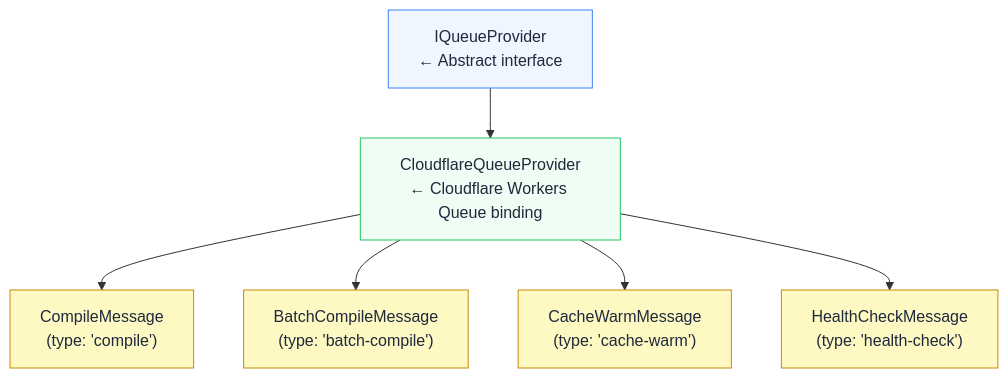
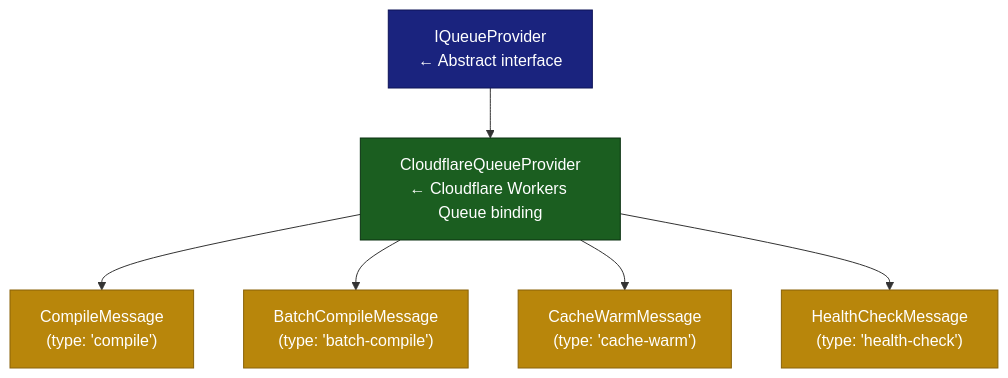
Before and after one commit to jaypatrick/adblock-compiler: the ninth of 19 diagrams in docs/development/ARCHITECTURE.md, drawn with Mermaid. The commit also changed other lines of this file and 6 other files, not shown here.

First line of the commit message:
fix: Mermaid diagram errors, dark theme compatibility, and mdhelp scroll reset (#1540)

````diff
--- a/docs/development/ARCHITECTURE.md
+++ b/docs/development/ARCHITECTURE.md
@@ -378,13 +378,13 @@
 ```mermaid
 flowchart TD
-    classDef interface fill:#eff6ff,stroke:#3b82f6,color:#1e293b
-    classDef provider fill:#f0fdf4,stroke:#22c55e,color:#1e293b
-    classDef message fill:#fef9c3,stroke:#ca8a04,color:#1e293b
+    classDef interface fill:#1a237e,stroke:#0d1257,color:#fff
+    classDef provider fill:#1b5e20,stroke:#0a3010,color:#fff
+    classDef message fill:#b8860b,stroke:#8a6208,color:#fff
 
     IQP["IQueueProvider\n← Abstract interface"]:::interface
     IQP --> CQP["CloudflareQueueProvider\n← Cloudflare Workers Queue binding"]:::provider
     CQP --> CM["CompileMessage\n(type: 'compile')"]:::message
     CQP --> BCM["BatchCompileMessage\n(type: 'batch-compile')"]:::message
     CQP --> CWM["CacheWarmMessage\n(type: 'cache-warm')"]:::message
     CQP --> HCM["HealthCheckMessage\n(type: 'health-check')"]:::message
 ```
````
